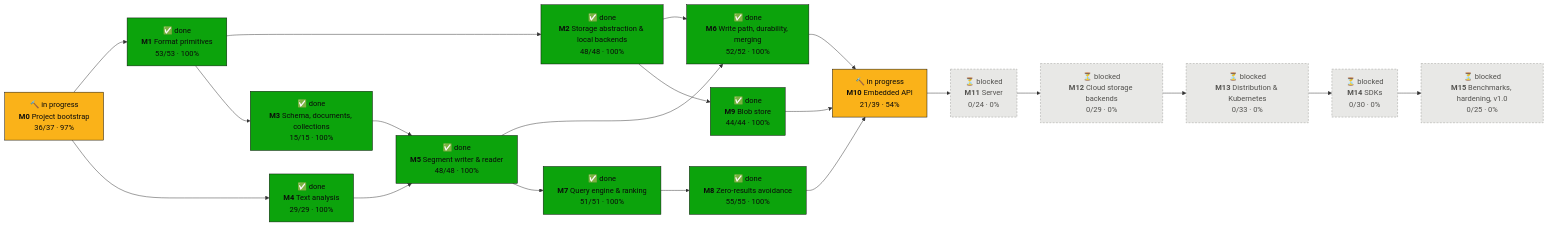
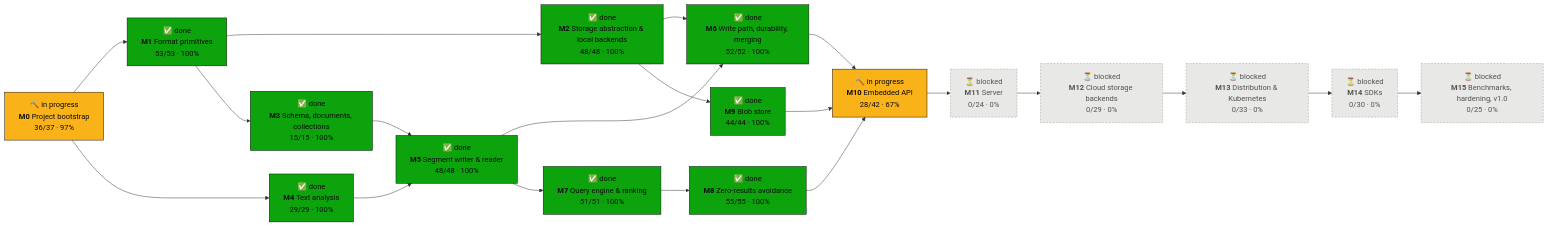
One commit to tomiok/persiaDB changed the first of 2 diagrams in PROGRESS.md. Above: the diagram before and after it, drawn with Mermaid. The commit also changed other lines of this file and 97 other files, not shown here.

First line of the commit message:
Public API surface: blob options, non_exhaustive schema types, pack mapping, response JSON, public-API snapshot (ROADMAP 10.2.7, 10.1.15, 10.1.16, 10.1.23, 10.1.25, 10.1.12, 10.2.4) (#131)

````diff
--- a/PROGRESS.md
+++ b/PROGRESS.md
@@ -16,42 +16,42 @@
 ```mermaid
 flowchart LR
   M0["🔨 in progress<br/><b>M0</b> Project bootstrap<br/>36/37 · 97%"]:::doing
   M1["✅ done<br/><b>M1</b> Format primitives<br/>53/53 · 100%"]:::done
   M2["✅ done<br/><b>M2</b> Storage abstraction & local backends<br/>48/48 · 100%"]:::done
   M3["✅ done<br/><b>M3</b> Schema, documents, collections<br/>15/15 · 100%"]:::done
   M4["✅ done<br/><b>M4</b> Text analysis<br/>29/29 · 100%"]:::done
   M5["✅ done<br/><b>M5</b> Segment writer & reader<br/>48/48 · 100%"]:::done
   M6["✅ done<br/><b>M6</b> Write path, durability, merging<br/>52/52 · 100%"]:::done
   M7["✅ done<br/><b>M7</b> Query engine & ranking<br/>51/51 · 100%"]:::done
   M8["✅ done<br/><b>M8</b> Zero-results avoidance<br/>55/55 · 100%"]:::done
   M9["✅ done<br/><b>M9</b> Blob store<br/>44/44 · 100%"]:::done
-  M10["🔨 in progress<br/><b>M10</b> Embedded API<br/>21/39 · 54%"]:::doing
+  M10["🔨 in progress<br/><b>M10</b> Embedded API<br/>28/42 · 67%"]:::doing
   M11["⏳ blocked<br/><b>M11</b> Server<br/>0/24 · 0%"]:::blocked
   M12["⏳ blocked<br/><b>M12</b> Cloud storage backends<br/>0/29 · 0%"]:::blocked
   M13["⏳ blocked<br/><b>M13</b> Distribution & Kubernetes<br/>0/33 · 0%"]:::blocked
   M14["⏳ blocked<br/><b>M14</b> SDKs<br/>0/30 · 0%"]:::blocked
   M15["⏳ blocked<br/><b>M15</b> Benchmarks, hardening, v1.0<br/>0/25 · 0%"]:::blocked
   M0 --> M1
   M1 --> M2
   M1 --> M3
   M0 --> M4
   M3 --> M5
   M4 --> M5
   M2 --> M6
   M5 --> M6
   M5 --> M7
   M7 --> M8
   M2 --> M9
   M6 --> M10
   M8 --> M10
   M9 --> M10
   M10 --> M11
   M11 --> M12
   M12 --> M13
   M13 --> M14
   M14 --> M15
   classDef done fill:#0ca30c,stroke:#0b0b0b,color:#0b0b0b
   classDef doing fill:#fab219,stroke:#0b0b0b,color:#0b0b0b
   classDef ready fill:#fcfcfb,stroke:#0b0b0b,stroke-width:2px,color:#0b0b0b
   classDef blocked fill:#e8e8e6,stroke:#9a9a96,stroke-dasharray:4 3,color:#52514e
 ```
````
